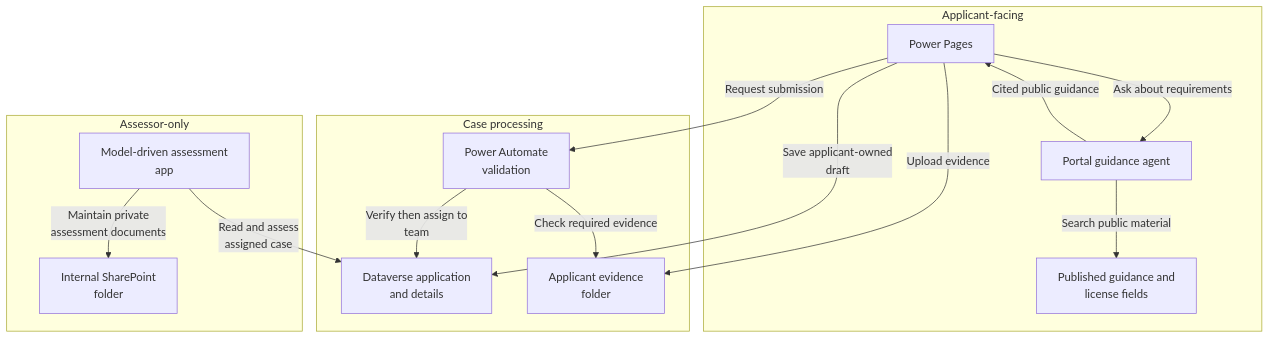
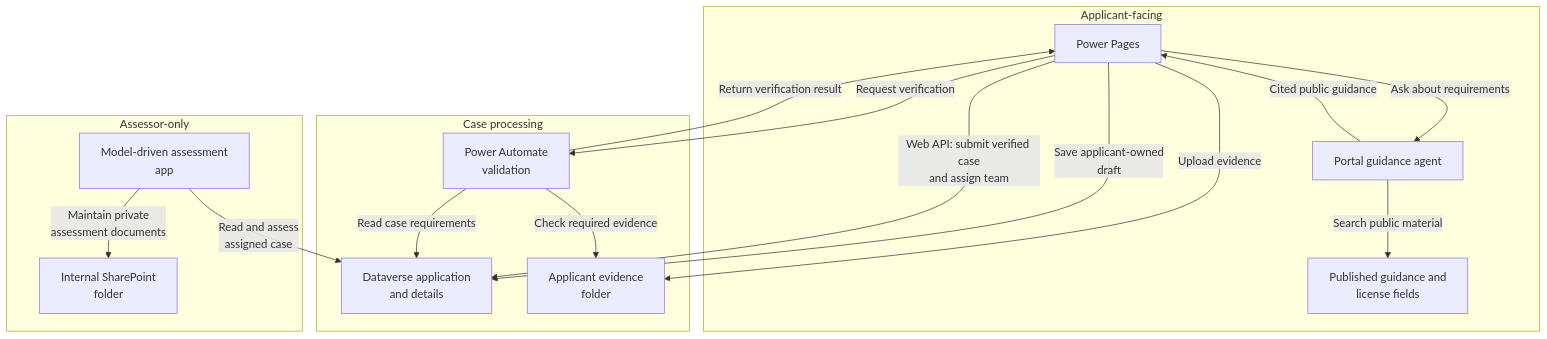
Before and after one commit to abhishek-ai-enabler/copilotstudio-architecture-patterns: the first of 2 diagrams in reference-architectures/regulatory-applications.md, drawn with Mermaid. The commit also changed other lines of this file and 168 other files, not shown here.

First line of the commit message:
Validate AI architecture reviews and illustrate every technical flow

````diff
--- a/reference-architectures/regulatory-applications.md
+++ b/reference-architectures/regulatory-applications.md
@@ -7,29 +7,31 @@
 ```mermaid
 flowchart TB
     accTitle: Regulatory applications with separate applicant and assessor workspaces - architecture
     accDescr: Keep public guidance, applicant evidence and internal assessments in separate access scopes. Only server-side verification should move a draft into assessment.
     subgraph group0["Applicant-facing"]
         P["Power Pages"]
         A["Portal guidance agent"]
         K["Published guidance and<br/>license fields"]
     end
     subgraph group3["Case processing"]
         F["Power Automate<br/>validation"]
         D["Dataverse application<br/>and details"]
         E["Applicant evidence<br/>folder"]
     end
     subgraph group6["Assessor-only"]
         H["Model-driven assessment<br/>app"]
         I["Internal SharePoint<br/>folder"]
     end
     P -->|"Ask about requirements"| A
     A -->|"Search public material"| K
     P -->|"Save applicant-owned<br/>draft"| D
     P -->|"Upload evidence"| E
-    P -->|"Request submission"| F
-    F -->|"Verify then assign to<br/>team"| D
+    P -->|"Request verification"| F
+    F -->|"Read case requirements"| D
+    F -->|"Return verification result"| P
+    P -->|"Web API: submit verified case<br/>and assign team"| D
     H -->|"Read and assess<br/>assigned case"| D
     H -->|"Maintain private<br/>assessment documents"| I
     A -->|"Cited public guidance"| P
     F -->|"Check required evidence"| E
 ```
````
